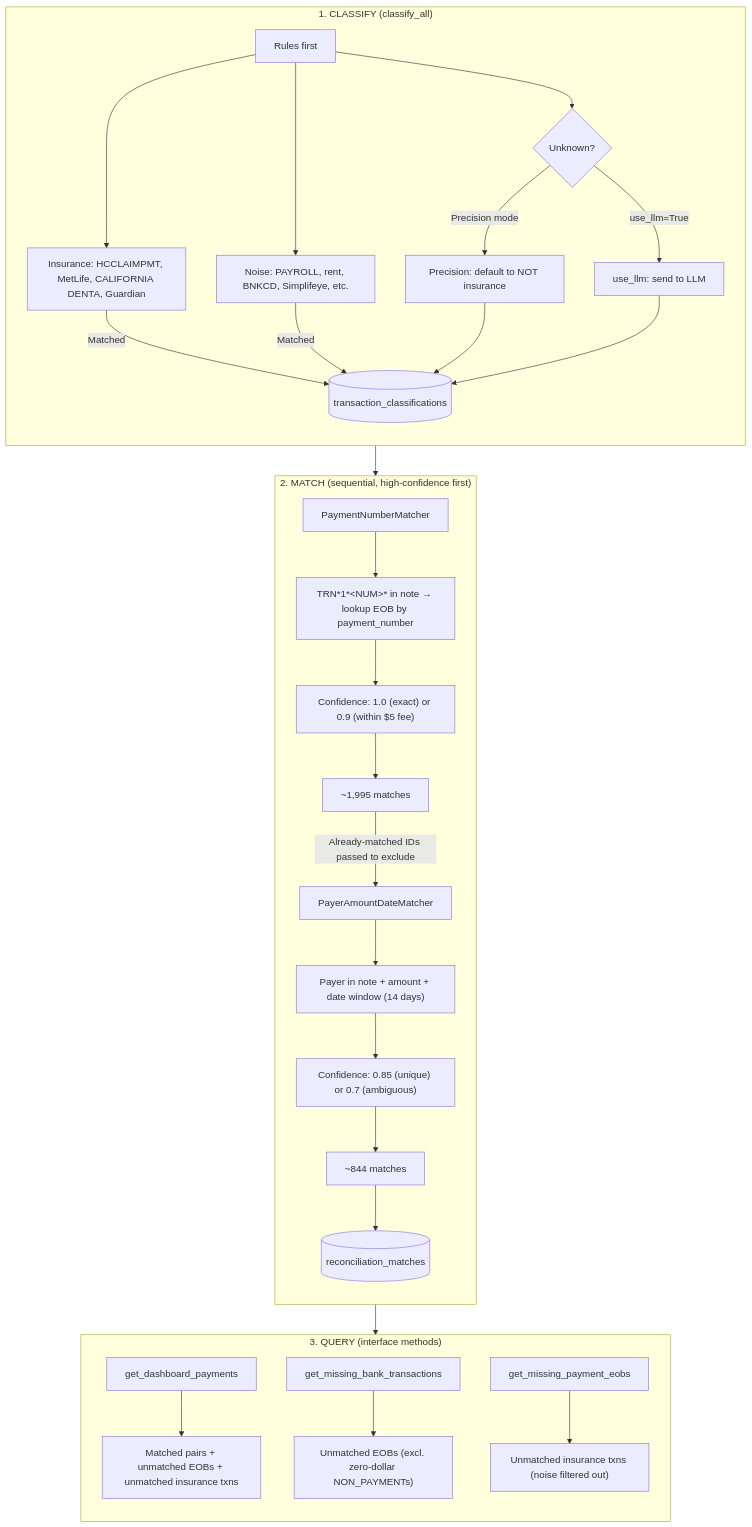
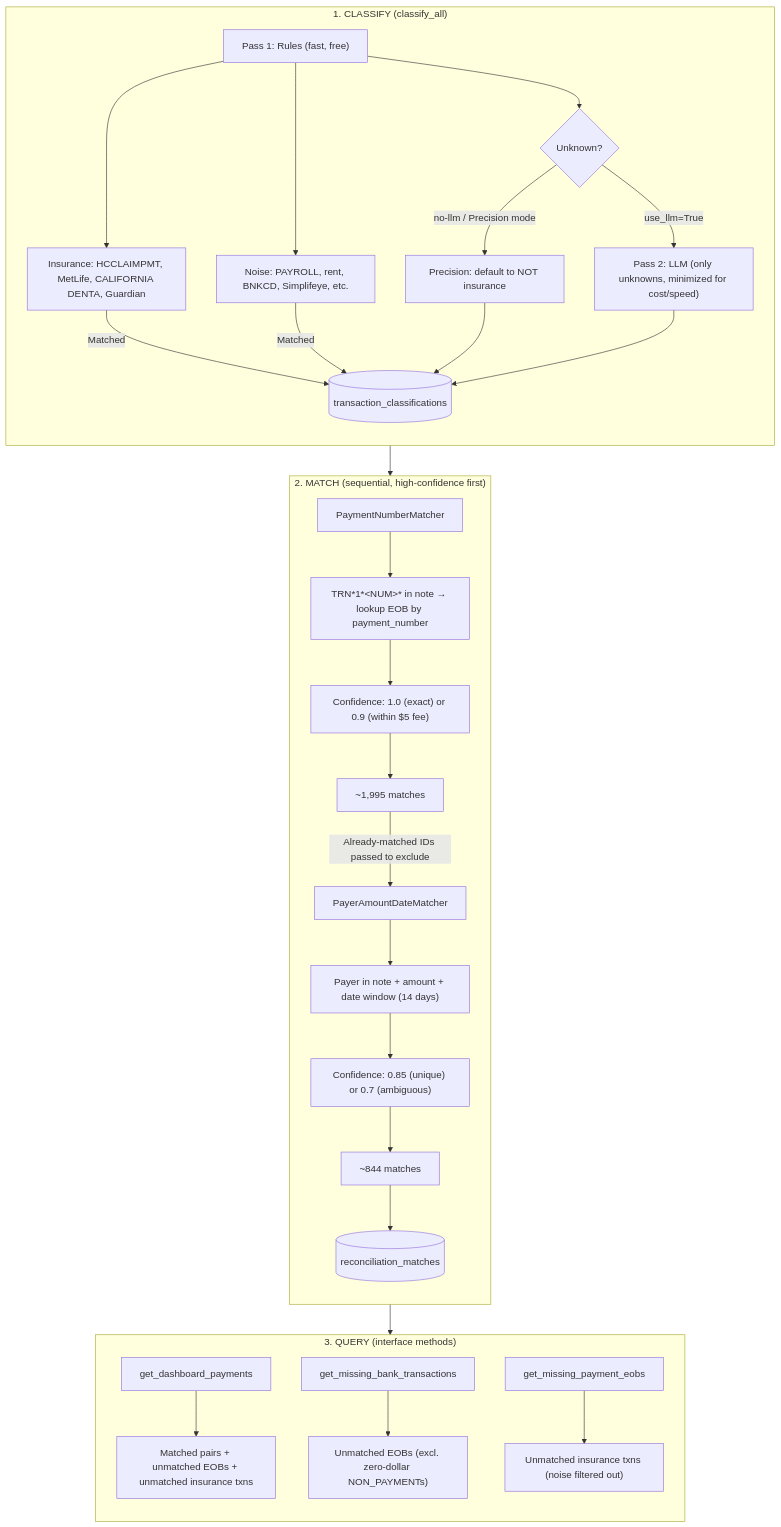
The diagram in PROJECT.md (Jwuthri/bank-reconciliation), drawn with Mermaid before and after one commit. The commit also changed other lines of this file and 28 other files, not shown here.

````diff
--- a/PROJECT.md
+++ b/PROJECT.md
@@ -11,55 +11,55 @@
 ```mermaid
 flowchart TB
     subgraph CLASSIFY["1. CLASSIFY (classify_all)"]
         direction TB
-        C1[Rules first]
+        C1["Pass 1: Rules (fast, free)"]
         C2[Insurance: HCCLAIMPMT, MetLife, CALIFORNIA DENTA, Guardian]
         C3[Noise: PAYROLL, rent, BNKCD, Simplifeye, etc.]
         C4{Unknown?}
         C5[Precision: default to NOT insurance]
-        C6[use_llm: send to LLM]
+        C6["Pass 2: LLM (only unknowns, minimized for cost/speed)"]
         C7[(transaction_classifications)]
         C1 --> C2
         C1 --> C3
         C2 -->|Matched| C7
         C3 -->|Matched| C7
         C1 --> C4
-        C4 -->|Precision mode| C5
+        C4 -->|no-llm / Precision mode| C5
         C4 -->|use_llm=True| C6
         C5 --> C7
         C6 --> C7
     end
 
     subgraph MATCH["2. MATCH (sequential, high-confidence first)"]
         direction TB
         M1[PaymentNumberMatcher]
         M1a["TRN*1*&lt;NUM&gt;* in note → lookup EOB by payment_number"]
         M1b["Confidence: 1.0 (exact) or 0.9 (within $5 fee)"]
         M1c["~1,995 matches"]
         M2[PayerAmountDateMatcher]
         M2a["Payer in note + amount + date window (14 days)"]
         M2b["Confidence: 0.85 (unique) or 0.7 (ambiguous)"]
         M2c["~844 matches"]
         M3[(reconciliation_matches)]
         M1 --> M1a --> M1b --> M1c
         M1c -->|Already-matched IDs passed to exclude| M2
         M2 --> M2a --> M2b --> M2c
         M2c --> M3
     end
 
     subgraph QUERY["3. QUERY (interface methods)"]
         direction TB
         Q1[get_dashboard_payments]
         Q1a["Matched pairs + unmatched EOBs + unmatched insurance txns"]
         Q2[get_missing_bank_transactions]
         Q2a["Unmatched EOBs (excl. zero-dollar NON_PAYMENTs)"]
         Q3[get_missing_payment_eobs]
         Q3a["Unmatched insurance txns (noise filtered out)"]
         Q1 --> Q1a
         Q2 --> Q2a
         Q3 --> Q3a
     end
 
     CLASSIFY --> MATCH
     MATCH --> QUERY
 ```
````
